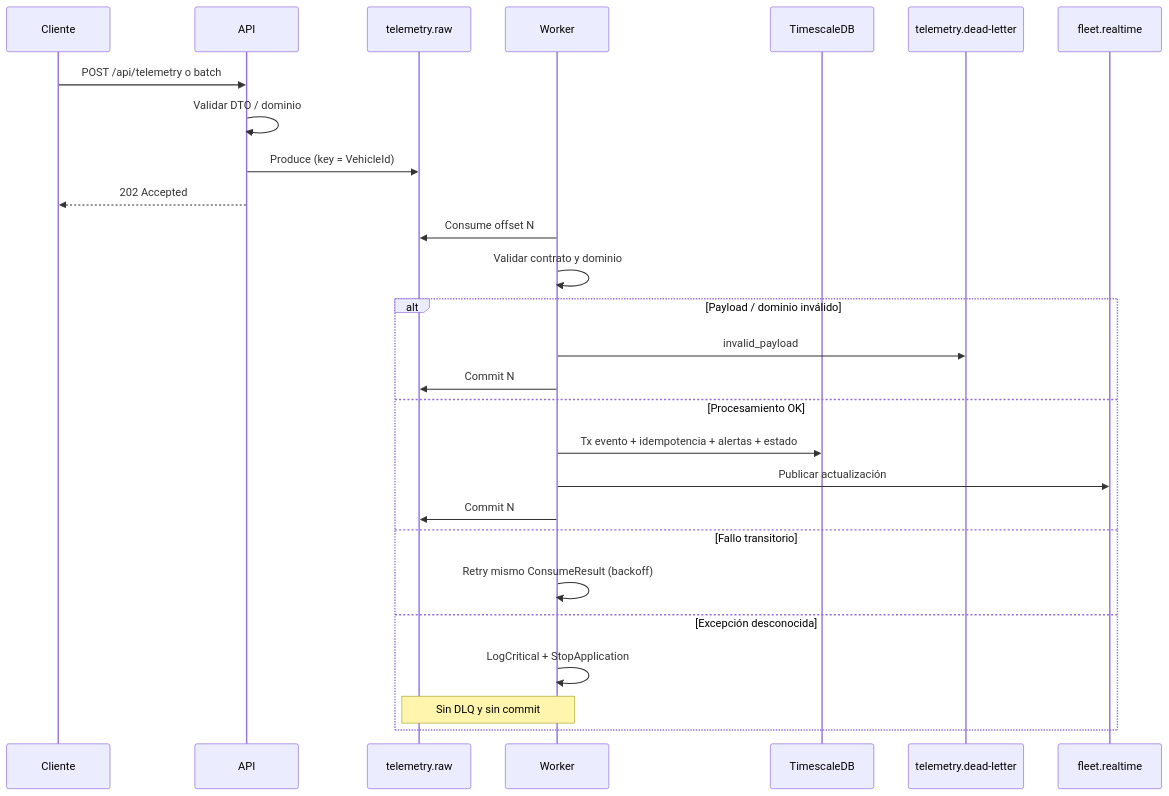
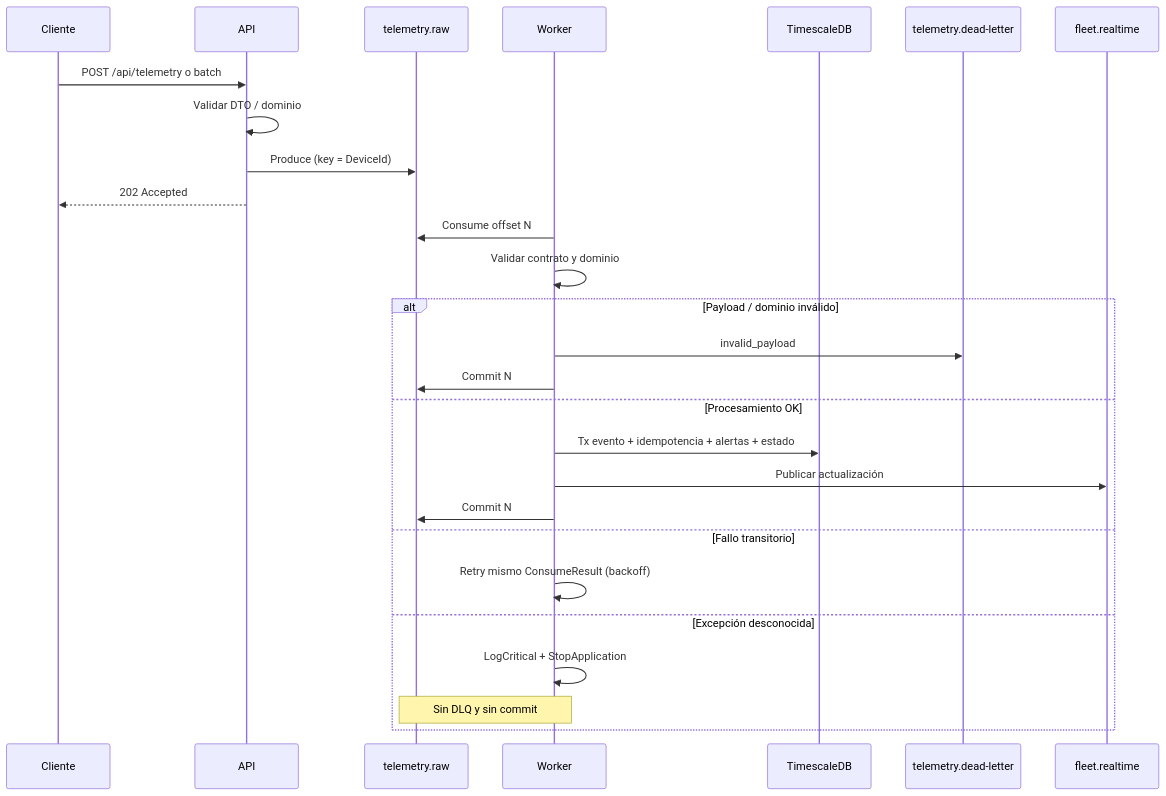
The second of 6 diagrams in README.md (AlejoLobo/fleet-telemetry-platform), drawn with Mermaid before and after one commit. The commit also changed other lines of this file and 2 other files, not shown here.

First line of the commit message:
docs: alinear identidad DeviceId en README y contratos

````diff
--- a/README.md
+++ b/README.md
@@ -108,30 +109,30 @@
 ```mermaid
 sequenceDiagram
   participant C as Cliente
   participant API as API
   participant K as telemetry.raw
   participant W as Worker
   participant DB as TimescaleDB
   participant DLQ as telemetry.dead-letter
   participant RT as fleet.realtime
 
   C->>API: POST /api/telemetry o batch
   API->>API: Validar DTO / dominio
-  API->>K: Produce (key = VehicleId)
+  API->>K: Produce (key = DeviceId)
   API-->>C: 202 Accepted
   W->>K: Consume offset N
   W->>W: Validar contrato y dominio
   alt Payload / dominio inválido
     W->>DLQ: invalid_payload
     W->>K: Commit N
   else Procesamiento OK
     W->>DB: Tx evento + idempotencia + alertas + estado
     W->>RT: Publicar actualización
     W->>K: Commit N
   else Fallo transitorio
     W->>W: Retry mismo ConsumeResult (backoff)
   else Excepción desconocida
     W->>W: LogCritical + StopApplication
     Note over W,K: Sin DLQ y sin commit
   end
 ```
````
